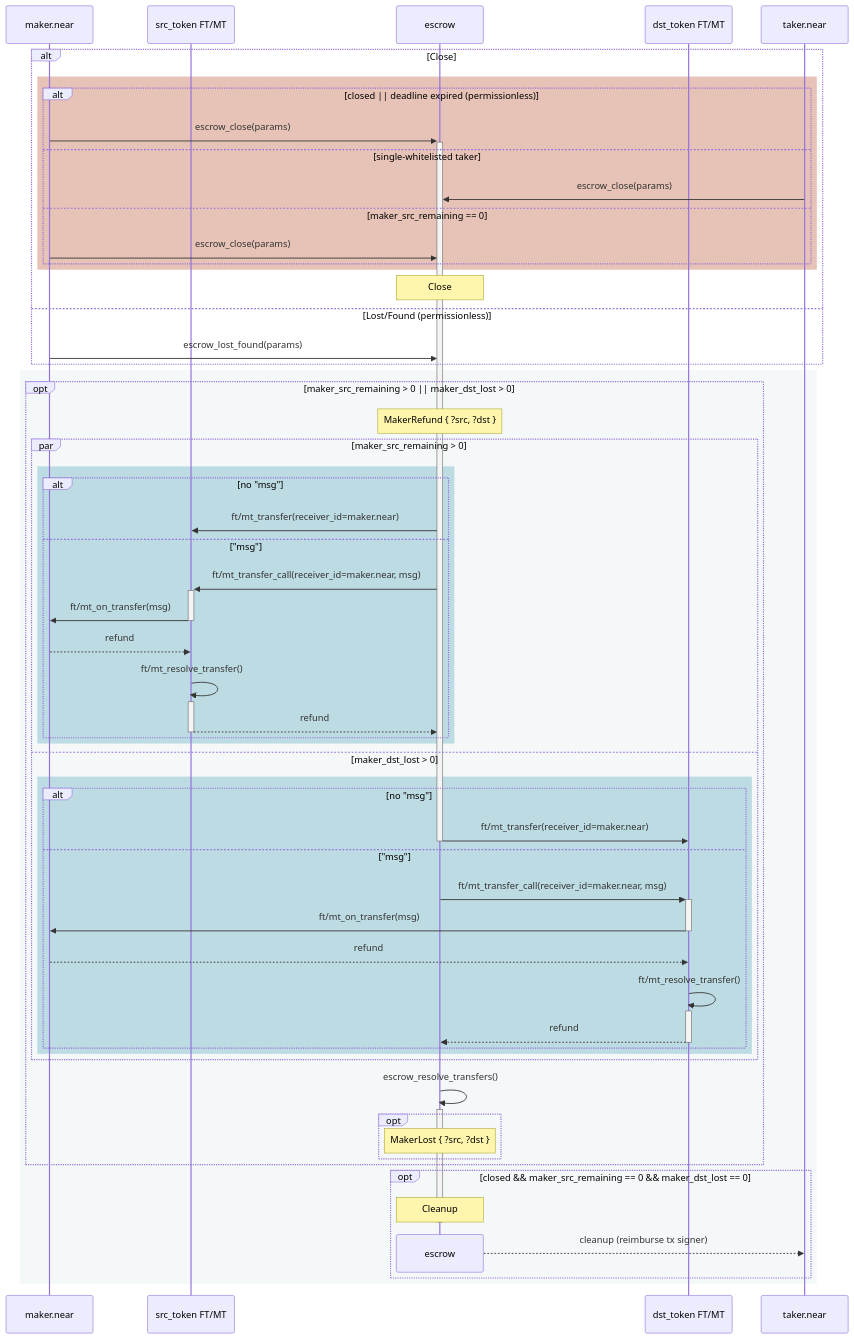
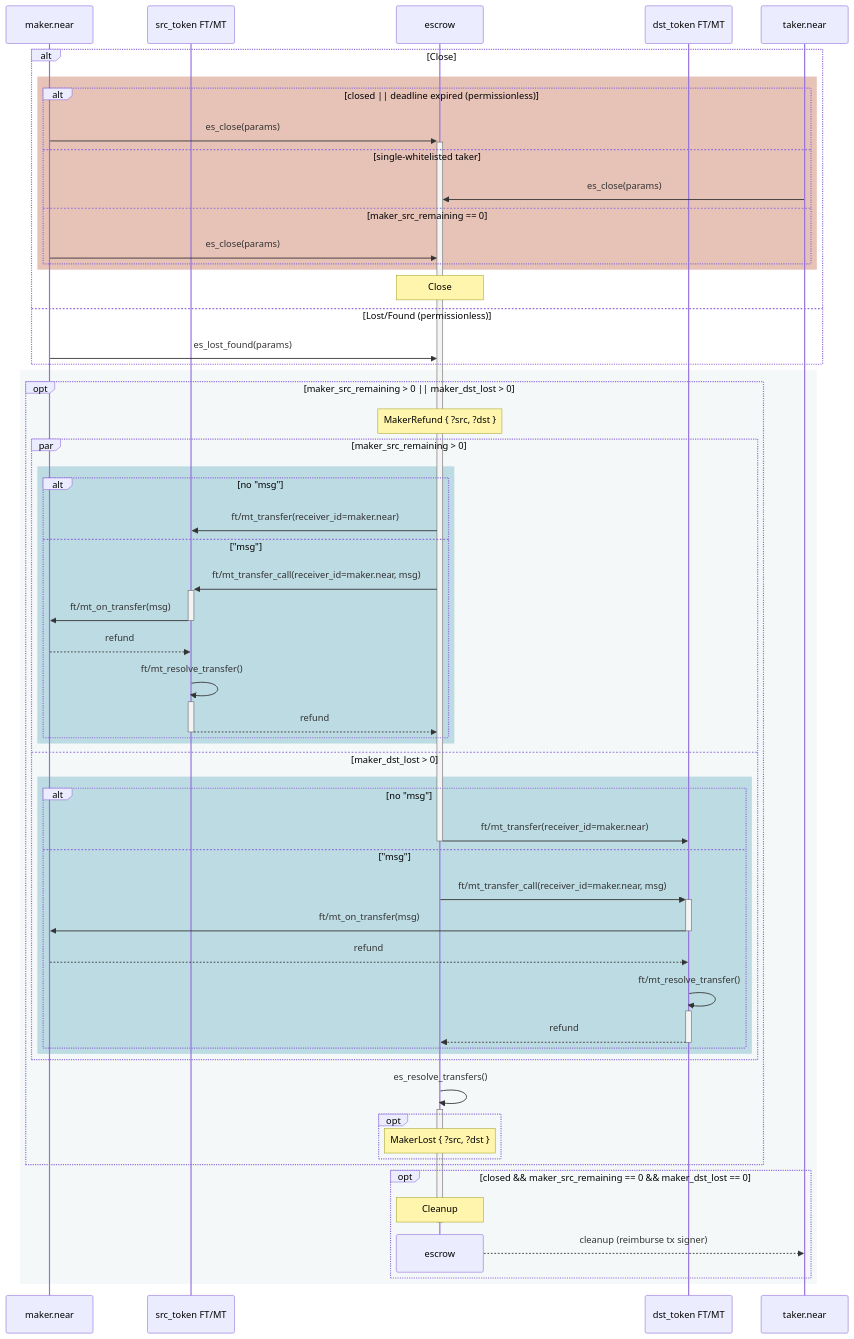
The third of 3 diagrams in escrow-swap/README.md (near/intents), drawn with Mermaid before and after one commit. The commit also changed other lines of this file and 5 other files, not shown here.

````diff
--- a/escrow-swap/README.md
+++ b/escrow-swap/README.md
@@ -334,65 +334,65 @@
 ```mermaid
 sequenceDiagram
   participant maker as maker.near
   participant src_token as src_token FT/MT
   participant escrow as escrow
   participant dst_token as dst_token FT/MT
   participant taker as taker.near
 
   alt Close
     rect rgba(208, 135, 112, 0.5)
       alt closed || deadline expired (permissionless)
-        maker->>+escrow: escrow_close(params)
+        maker->>+escrow: es_close(params)
       else single-whitelisted taker
-        taker->>escrow: escrow_close(params)
+        taker->>escrow: es_close(params)
       else maker_src_remaining == 0
-        maker->>escrow: escrow_close(params)
+        maker->>escrow: es_close(params)
       end
     end
     Note over escrow: Close
   else Lost/Found (permissionless)
-    maker->>escrow: escrow_lost_found(params)
+    maker->>escrow: es_lost_found(params)
   end
   
   rect rgba(143, 188, 187, 0.1)
     opt maker_src_remaining > 0 || maker_dst_lost > 0
       Note over escrow: MakerRefund { ?src, ?dst }
       par maker_src_remaining > 0
         rect rgba(136, 192, 208, 0.5)
           alt no "msg"
             escrow->>src_token: ft/mt_transfer(receiver_id=maker.near)
           else "msg"
             escrow->>+src_token: ft/mt_transfer_call(receiver_id=maker.near, msg)
             src_token->>-maker: ft/mt_on_transfer(msg)
             maker-->>src_token: refund
             src_token->>+src_token: ft/mt_resolve_transfer()
             src_token-->>-escrow: refund
           end
         end
       and maker_dst_lost > 0
         rect rgba(136, 192, 208, 0.5)
           alt no "msg"
             escrow->>-dst_token: ft/mt_transfer(receiver_id=maker.near)
           else "msg"
             escrow->>+dst_token: ft/mt_transfer_call(receiver_id=maker.near, msg)
             dst_token->>-maker: ft/mt_on_transfer(msg)
             maker-->>dst_token: refund
             dst_token->>+dst_token: ft/mt_resolve_transfer()
             dst_token-->>-escrow: refund
           end
         end
       end
       
-      escrow->>+escrow: escrow_resolve_transfers()
+      escrow->>+escrow: es_resolve_transfers()
       opt
         Note over escrow: MakerLost { ?src, ?dst }
       end
     end
     opt closed && maker_src_remaining == 0 && maker_dst_lost == 0
       Note over escrow: Cleanup
       deactivate escrow
       destroy escrow
       escrow-->>taker: cleanup (reimburse tx signer)
     end
   end
 ```
````
